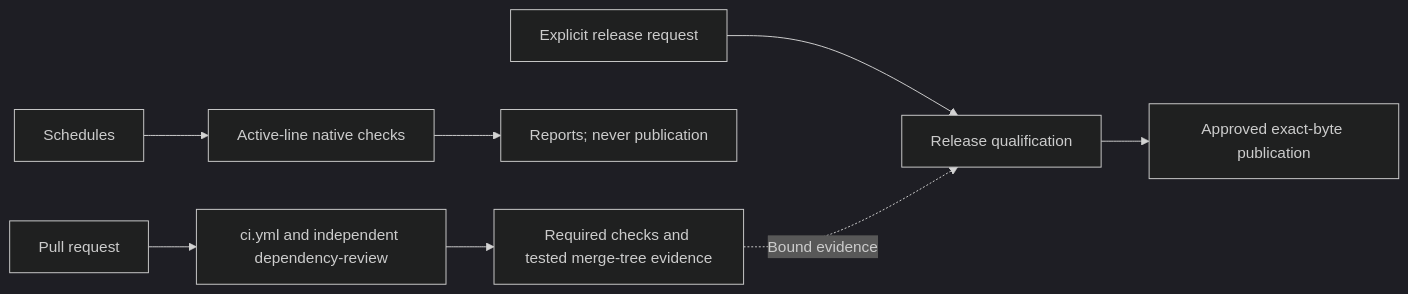
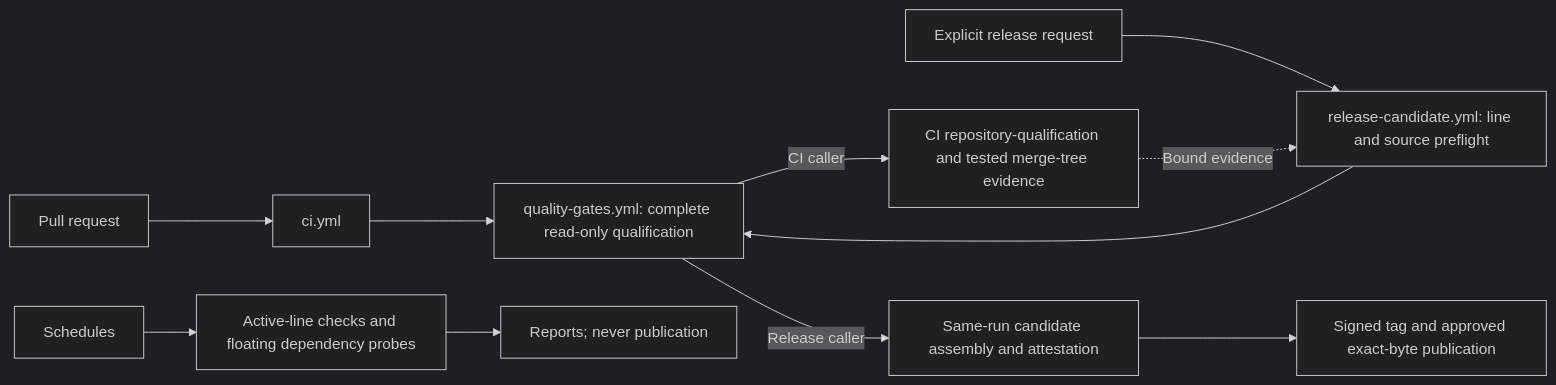
One commit to doka-labs/Doka.EntityFrameworkCore.MySql changed the first of 2 diagrams in docs/operations/workflow-overview.md. Above: the diagram before and after it, drawn with Mermaid (dark theme). The commit also changed other lines of this file and 41 other files, not shown here.

First line of the commit message:
ci(qualification): unify PR and release-candidate checks (#132)

````diff
--- a/docs/operations/workflow-overview.md
+++ b/docs/operations/workflow-overview.md
@@ -8,10 +8,13 @@
 ```mermaid
 flowchart LR
-    PR["Pull request"] --> CI["ci.yml and independent dependency-review"]
-    CI --> MERGE["Required checks and tested merge-tree evidence"]
-    SCHEDULE["Schedules"] --> CHECKS["Active-line native checks"]
+    PR["Pull request"] --> CI["ci.yml"]
+    CI --> COMMON["quality-gates.yml: complete read-only qualification"]
+    COMMON -->|"CI caller"| MERGE["CI repository-qualification and tested merge-tree evidence"]
+    SCHEDULE["Schedules"] --> CHECKS["Active-line checks and floating dependency probes"]
     CHECKS --> REPORTS["Reports; never publication"]
-    MANUAL["Explicit release request"] --> QUALIFY["Release qualification"]
-    QUALIFY --> PUBLISH["Approved exact-byte publication"]
-    MERGE -.->|"Bound evidence"| QUALIFY
+    MANUAL["Explicit release request"] --> PREFLIGHT["release-candidate.yml: line and source preflight"]
+    PREFLIGHT --> COMMON
+    COMMON -->|"Release caller"| ASSEMBLE["Same-run candidate assembly and attestation"]
+    ASSEMBLE --> PUBLISH["Signed tag and approved exact-byte publication"]
+    MERGE -.->|"Bound evidence"| PREFLIGHT
 ```
````
